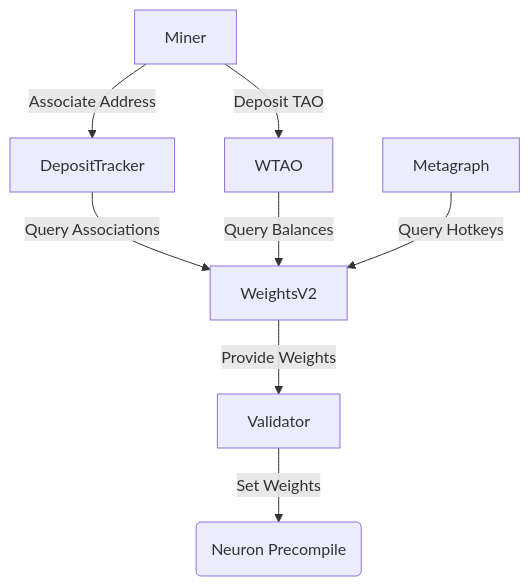
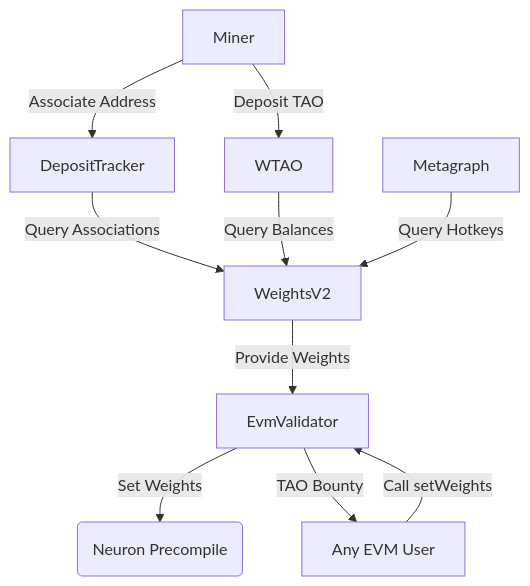
Before and after one commit to taonado/taonado-cash: the first of 4 diagrams in ARCHITECTURE.md, drawn with Mermaid. The commit also changed other lines of this file and 1 other file, not shown here.

````diff
--- a/ARCHITECTURE.md
+++ b/ARCHITECTURE.md
@@ -15,10 +16,12 @@
 ```mermaid
 graph TD
     DepositTracker -->|Query Associations| WeightsV2[WeightsV2]
     WTAO -->|Query Balances| WeightsV2
     Metagraph[Metagraph] -->|Query Hotkeys| WeightsV2
     Miner[Miner] -->|Deposit TAO| WTAO
     Miner -->|Associate Address| DepositTracker
-    Validator[Validator] -->|Set Weights| Neuron(Neuron Precompile)
-    WeightsV2 -->|Provide Weights| Validator
+    EvmValidator[EvmValidator] -->|Set Weights| Neuron(Neuron Precompile)
+    WeightsV2 -->|Provide Weights| EvmValidator
+    User[Any EVM User] -->|Call setWeights| EvmValidator
+    EvmValidator -->|TAO Bounty| User
 ```
````
